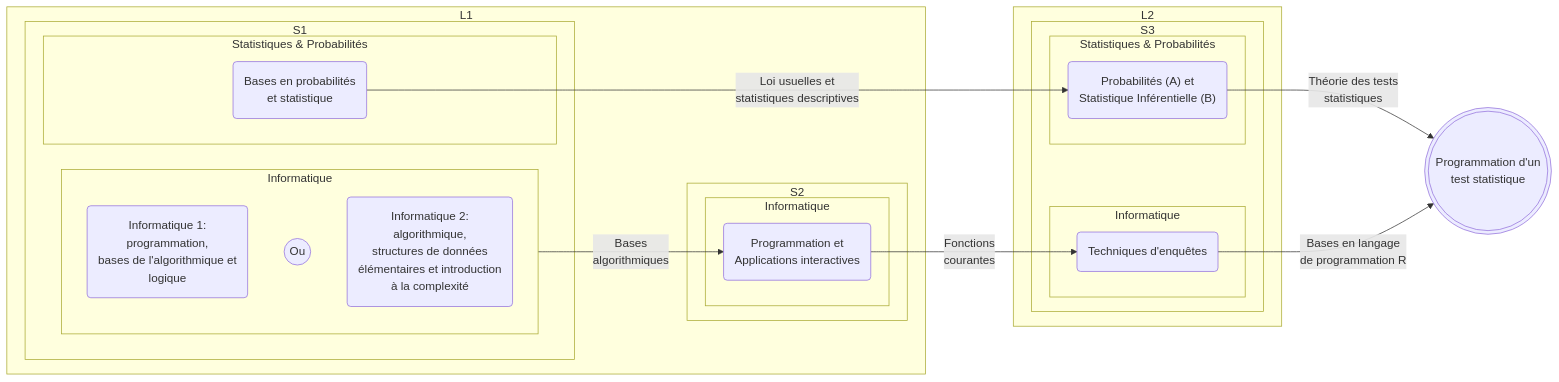
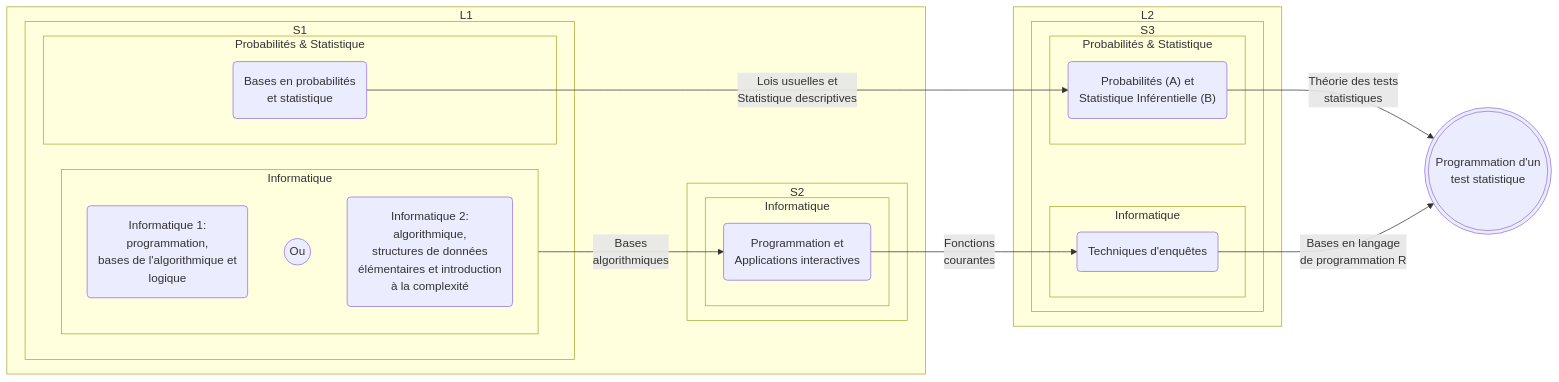
The second of 6 diagrams in README.md (anthobeach/applications-concretes-des-apprentissages), drawn with Mermaid before and after one commit. The commit also changed other lines of this file, not shown here.

````diff
--- a/README.md
+++ b/README.md
@@ -106,49 +106,49 @@
 ```mermaid
 flowchart LR
 		subgraph le1 [L1]
 			subgraph se1 [S1]
-				subgraph statproba1[Statistiques & Probabilités]
+				subgraph statproba1[Probabilités & Statistique]
 					id1( Bases en probabilités <br> et statistique )
 				end
 				subgraph info1 [Informatique]
 			    id2( Informatique 1: <br> programmation, <br> bases de l'algorithmique et <br> logique )
 				id3((Ou))
 				id4( Informatique 2: <br> algorithmique, <br> structures de données <br> élémentaires et introduction <br> à la complexité )
 			  end
 		  end
 		  subgraph se2[S2]
 		   subgraph info2[Informatique]
 			  id5( Programmation et <br> Applications interactives )
 			 end
 			end
 		end
 		subgraph le2[L2]
 			subgraph se3[S3]
 				subgraph info3 [Informatique]
 					id6( Techniques d'enquêtes ) 
 				end
-				subgraph statproba2 [Statistiques & Probabilités]
+				subgraph statproba2 [Probabilités & Statistique]
 					id7( Probabilités #0040;A#0041; et <br> Statistique Inférentielle #0040;B#0041; )
 				end
 			end
 		end
 		id8@{ shape: dbl-circ, label: Programmation d'un <br> test statistique }
 		
 		%% clickable links
 			%% S1
 			click id1 "https://formations.u-bordeaux.fr/details-formation?type=enseignement&id=27784"
 	    	click id2 "https://formations.u-bordeaux.fr/details-formation?type=enseignement&id=38897"
 	   	 	click id4 "https://formations.u-bordeaux.fr/details-formation?type=enseignement&id=38899"
 	    	%% S2
 	    	click id5 "https://formations.u-bordeaux.fr/details-formation?type=enseignement&id=27565"
 	   	 	%% S3
 	    	click id6 "https://formations.u-bordeaux.fr/details-formation?type=enseignement&id=28124"
 	    	click id7 "https://formations.u-bordeaux.fr/details-formation?type=enseignement&id=27578"
 	    
 	  %% kwnoledge transfer
-	  id1 -- Loi usuelles et <br> statistiques descriptives --> id7
+	  id1 -- Lois usuelles et <br> Statistique descriptives --> id7
 	  info1 -- Bases <br> algorithmiques --> id5
 	  id5 -- Fonctions <br> courantes --> id6
 	  id7 -- Théorie des tests <br> statistiques --> id8
 	  id6 -- Bases en langage <br> de programmation R --> id8
 ```
````
